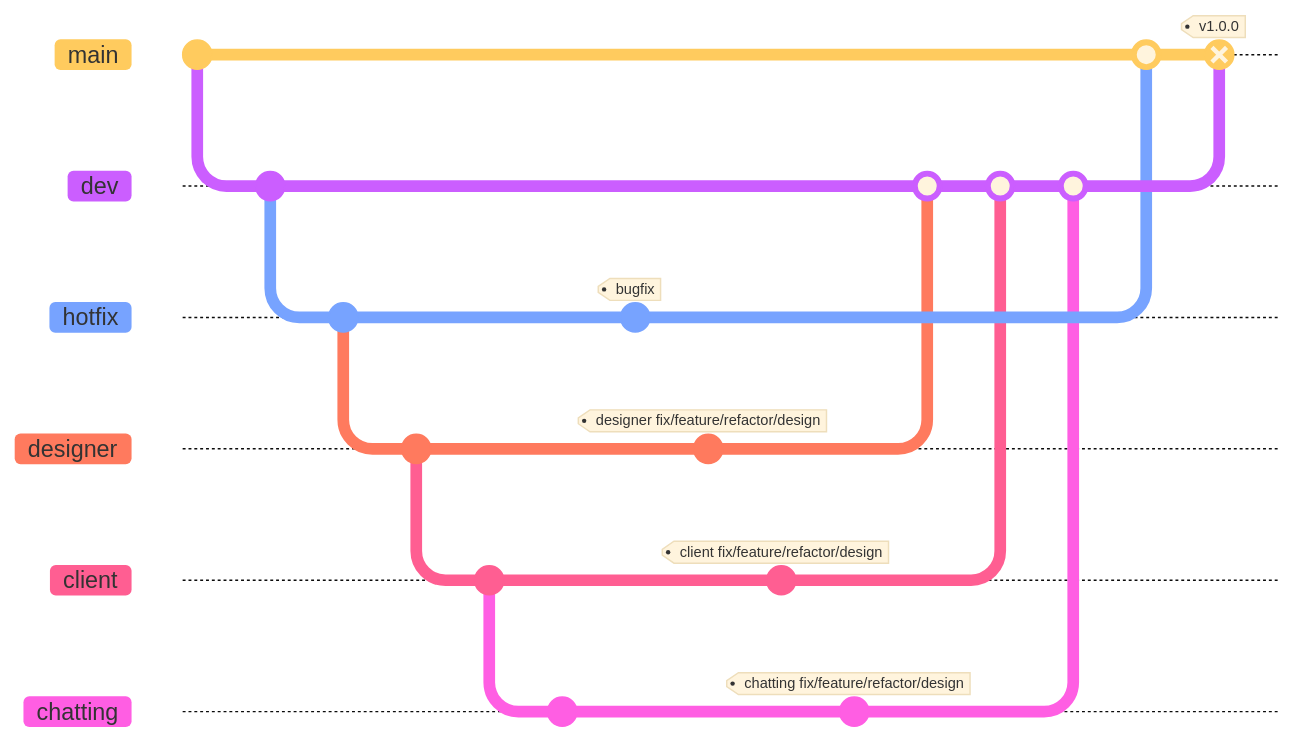
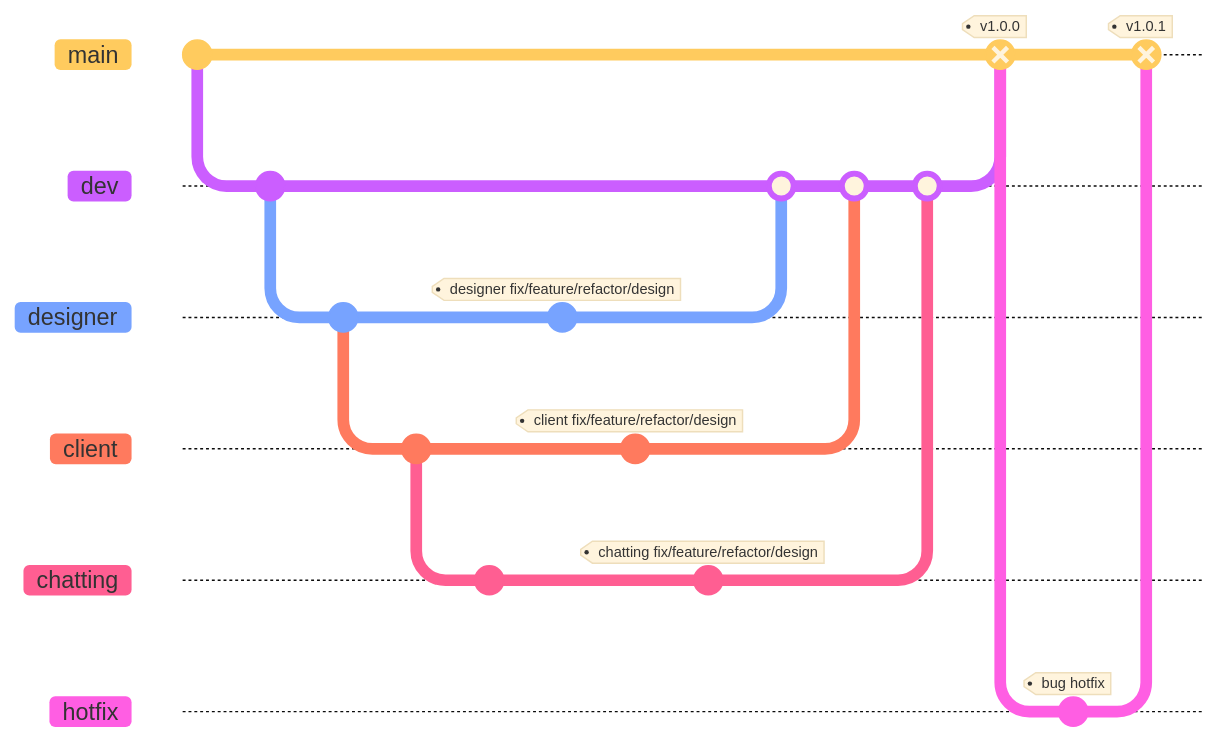
One commit to APP-iOS2/final-yedi changed the diagram in README.md. Above: the diagram before and after it, drawn with Mermaid. Commit ids are hidden.

Commit message:
Update README.md
hotfix전략 수정

````diff
--- a/README.md
+++ b/README.md
@@ -4,30 +4,32 @@
 ```mermaid
 %%{init: { 'logLevel': 'debug', 'theme': 'base' } }%%    
 gitGraph
 commit
 branch dev
-commit
-branch hotfix
 commit
 branch designer
 commit
 branch client
 commit
 branch chatting
 commit
-checkout hotfix
-commit tag:"bugfix"
 checkout designer
 commit tag:"designer fix/feature/refactor/design"
 checkout client
 commit tag:"client fix/feature/refactor/design"
 checkout chatting
 commit tag:"chatting fix/feature/refactor/design"
 checkout dev
 merge designer
 merge client
 merge chatting
 checkout main
-merge hotfix
 merge dev type: REVERSE tag: "v1.0.0"
+branch hotfix
+checkout hotfix
+commit tag:"bug hotfix"
+checkout main
+merge hotfix type: REVERSE tag: "v1.0.1"
+
+
 ```
````
